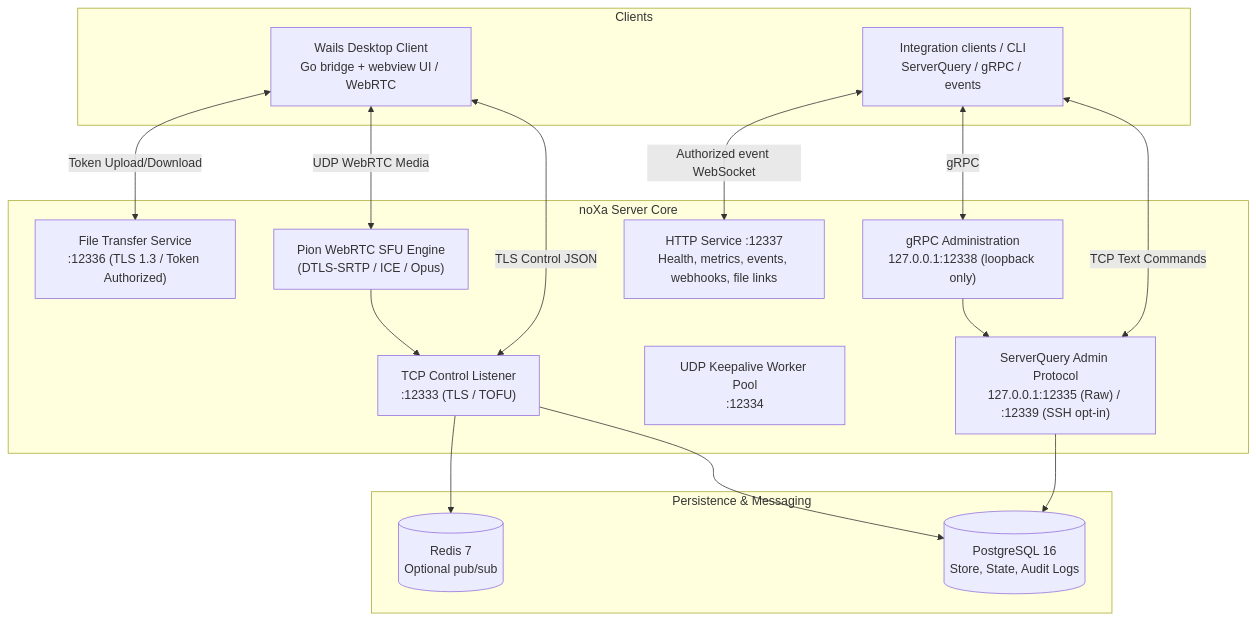
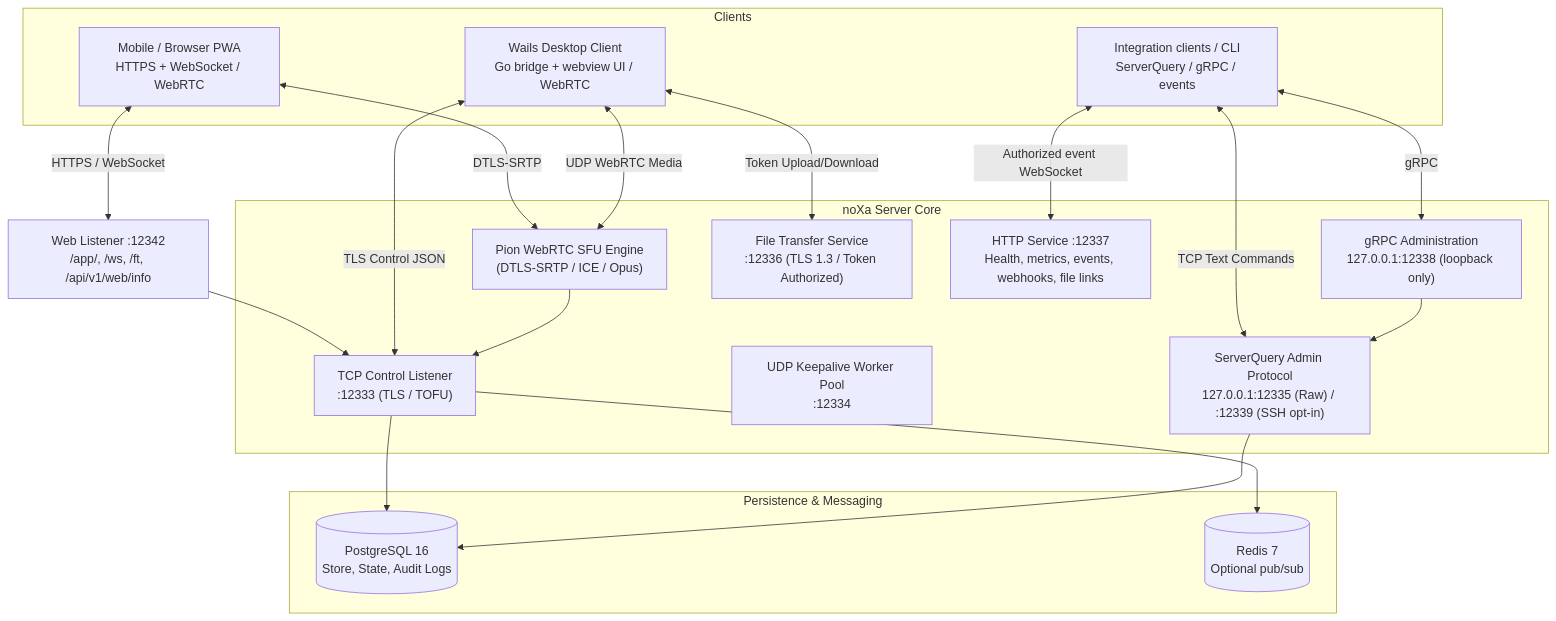
The diagram in README.md (arumes31/noxa), drawn with Mermaid before and after one commit. The commit also changed other lines of this file and 26 other files, not shown here.

````diff
--- a/README.md
+++ b/README.md
@@ -56,35 +88,39 @@
 ```mermaid
 graph TD
     subgraph Clients["Clients"]
         Wails["Wails Desktop Client\nGo bridge + webview UI / WebRTC"]
+        PWA["Mobile / Browser PWA\nHTTPS + WebSocket / WebRTC"]
         Bot["Integration clients / CLI\nServerQuery / gRPC / events"]
     end
 
     subgraph CoreServer["noXa Server Core"]
         Control["TCP Control Listener\n:12333 (TLS / TOFU)"]
         Keepalive["UDP Keepalive Worker Pool\n:12334"]
         WebRTC["Pion WebRTC SFU Engine\n(DTLS-SRTP / ICE / Opus)"]
         Query["ServerQuery Admin Protocol\n127.0.0.1:12335 (Raw) / :12339 (SSH opt-in)"]
         GRPC["gRPC Administration\n127.0.0.1:12338 (loopback only)"]
         FileXfer["File Transfer Service\n:12336 (TLS 1.3 / Token Authorized)"]
         Health["HTTP Service :12337\nHealth, metrics, events, webhooks, file links"]
     end
 
     subgraph DataStore["Persistence & Messaging"]
         Postgres[(PostgreSQL 16\nStore, State, Audit Logs)]
         Redis[(Redis 7\nOptional pub/sub)]
     end
 
+    PWA <-->|HTTPS / WebSocket| Web["Web Listener :12342\n/app/, /ws, /ft, /api/v1/web/info"]
+    Web --> Control
+    PWA <-->|DTLS-SRTP| WebRTC
     Wails <-->|TLS Control JSON| Control
     Wails <-->|UDP WebRTC Media| WebRTC
     Bot <-->|TCP Text Commands| Query
     Bot <-->|gRPC| GRPC
     Bot <-->|Authorized event WebSocket| Health
     Wails <-->|Token Upload/Download| FileXfer
 
     Control --> Postgres
     Control --> Redis
     Query --> Postgres
     GRPC --> Query
     WebRTC --> Control
 ```
````
